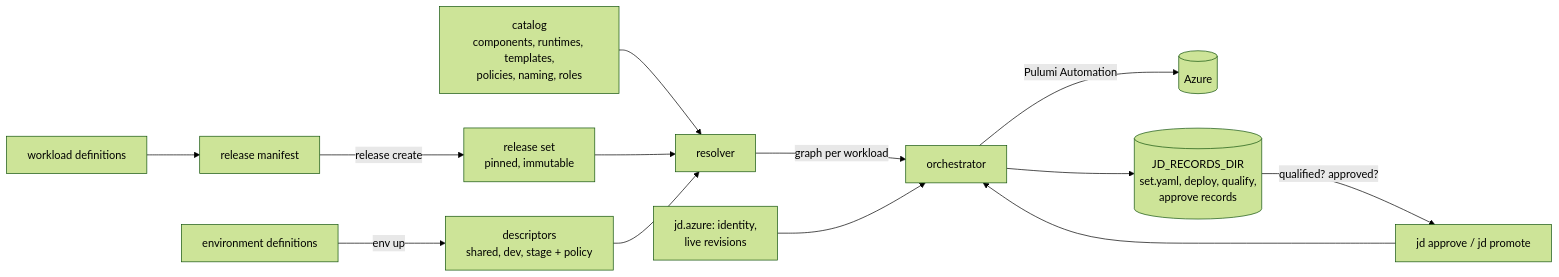
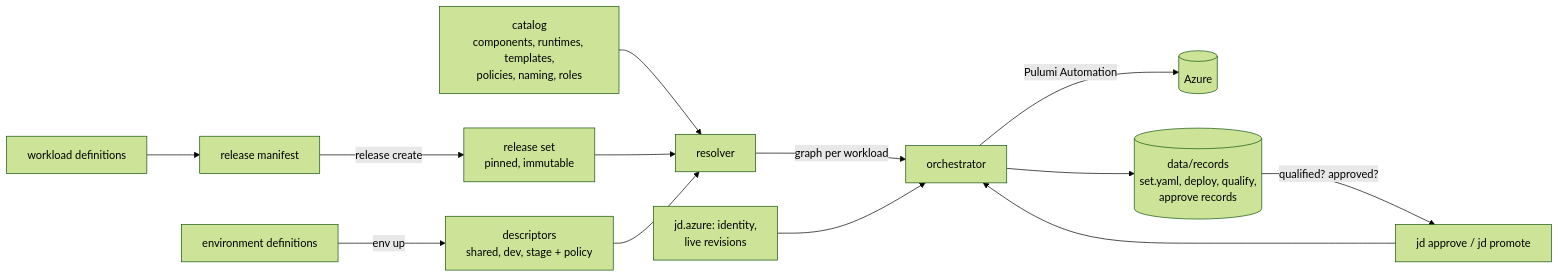
Before and after one commit to sleepyshark85/just-deliver: the first of 2 diagrams in docs/walkthrough.md, drawn with Mermaid (forest theme). The commit also changed other lines of this file and 63 other files, not shown here.

````diff
--- a/docs/walkthrough.md
+++ b/docs/walkthrough.md
@@ -22,13 +22,13 @@
 ```mermaid
 flowchart LR
   W[workload definitions] --> M[release manifest] -->|release create| S[release set<br/>pinned, immutable]
   ED[environment definitions] -->|env up| D[descriptors<br/>shared, dev, stage + policy]
   C[catalog<br/>components, runtimes, templates,<br/>policies, naming, roles] --> R
   S --> R[resolver] 
   D --> R
   R -->|graph per workload| O[orchestrator] -->|Pulumi Automation| AZ[(Azure)]
-  O --> REC[(JD_RECORDS_DIR<br/>set.yaml, deploy, qualify,<br/>approve records)]
+  O --> REC[(data/records<br/>set.yaml, deploy, qualify,<br/>approve records)]
   JA[jd.azure: identity,<br/>live revisions] --> O
   REC -->|qualified? approved?| P[jd approve / jd promote]
   P --> O
 ```
````
